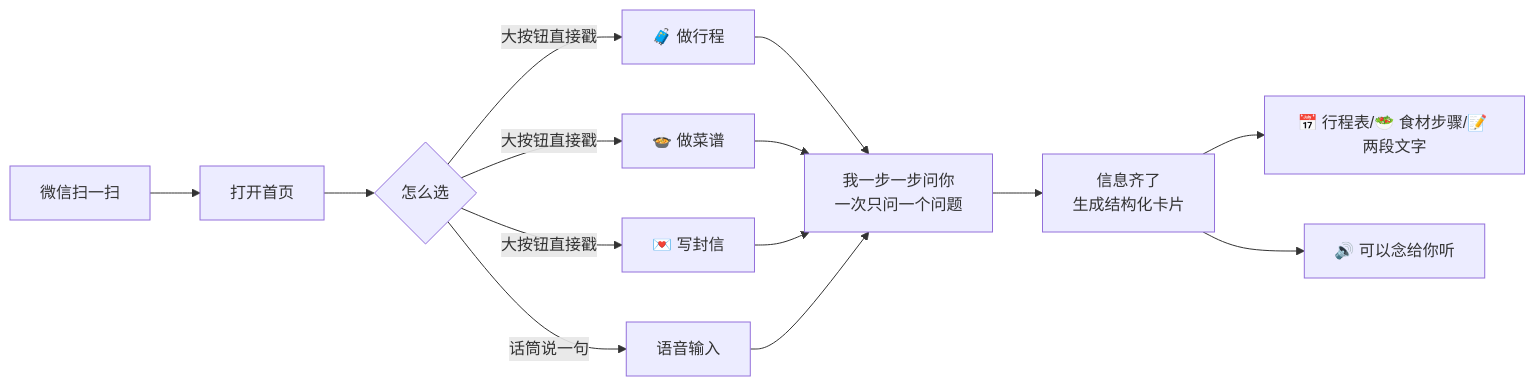
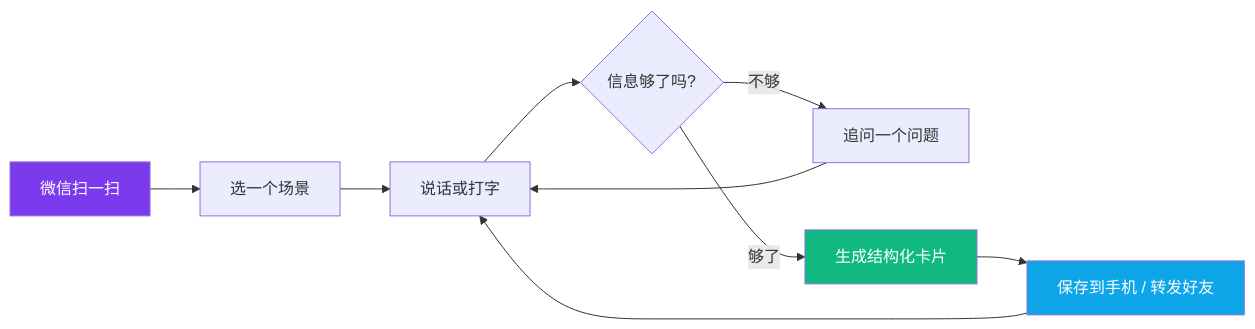
One commit to JoeyTwan/BROAI changed the diagram in README.md. Above: the diagram before and after it, drawn with Mermaid. The commit also changed other lines of this file and 17 other files, not shown here.

````diff
--- a/README.md
+++ b/README.md
@@ -27,16 +35,15 @@
 ```mermaid
 flowchart LR
-    A[微信扫一扫] --> B[打开首页]
-    B --> C{怎么选}
-    C -->|大按钮直接戳| D[🧳 做行程]
-    C -->|大按钮直接戳| E[🍲 做菜谱]
-    C -->|大按钮直接戳| F[💌 写封信]
-    C -->|话筒说一句| G[语音输入]
-    D --> H[我一步一步问你<br/>一次只问一个问题]
-    E --> H
-    F --> H
-    G --> H
-    H --> I[信息齐了<br/>生成结构化卡片]
-    I --> J[📅 行程表/🥗 食材步骤/📝 两段文字]
-    I --> K[🔊 可以念给你听]
+    A[微信扫一扫] --> B[选一个场景]
+    B --> C[说话或打字]
+    C --> D{信息够了吗?}
+    D -->|不够| E[追问一个问题]
+    E --> C
+    D -->|够了| F[生成结构化卡片]
+    F --> G[保存到手机 / 转发好友]
+    G --> C
+
+    style A fill:#7c3aed,color:#fff
+    style F fill:#10b981,color:#fff
+    style G fill:#0ea5e9,color:#fff
 ```
````
